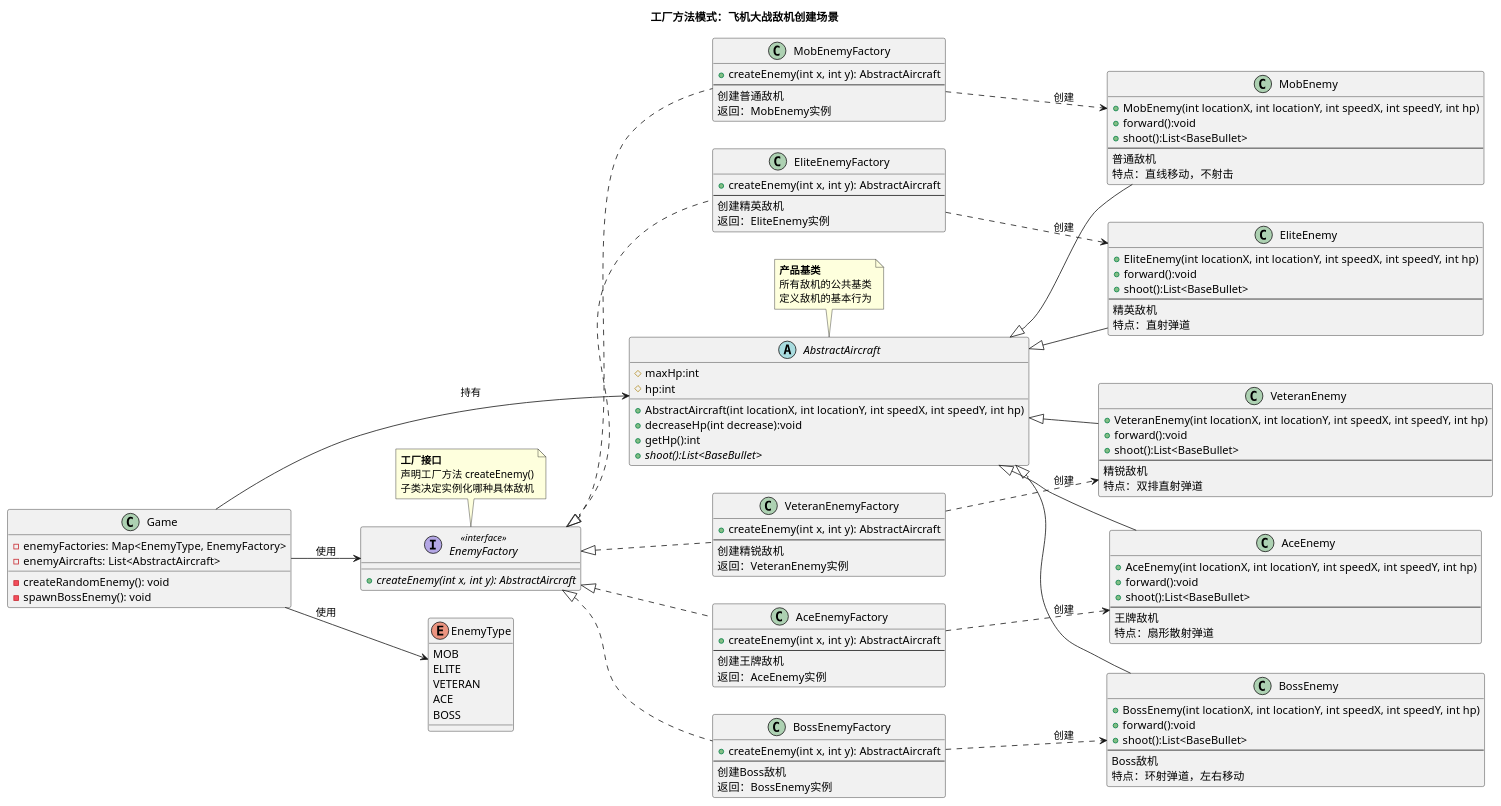
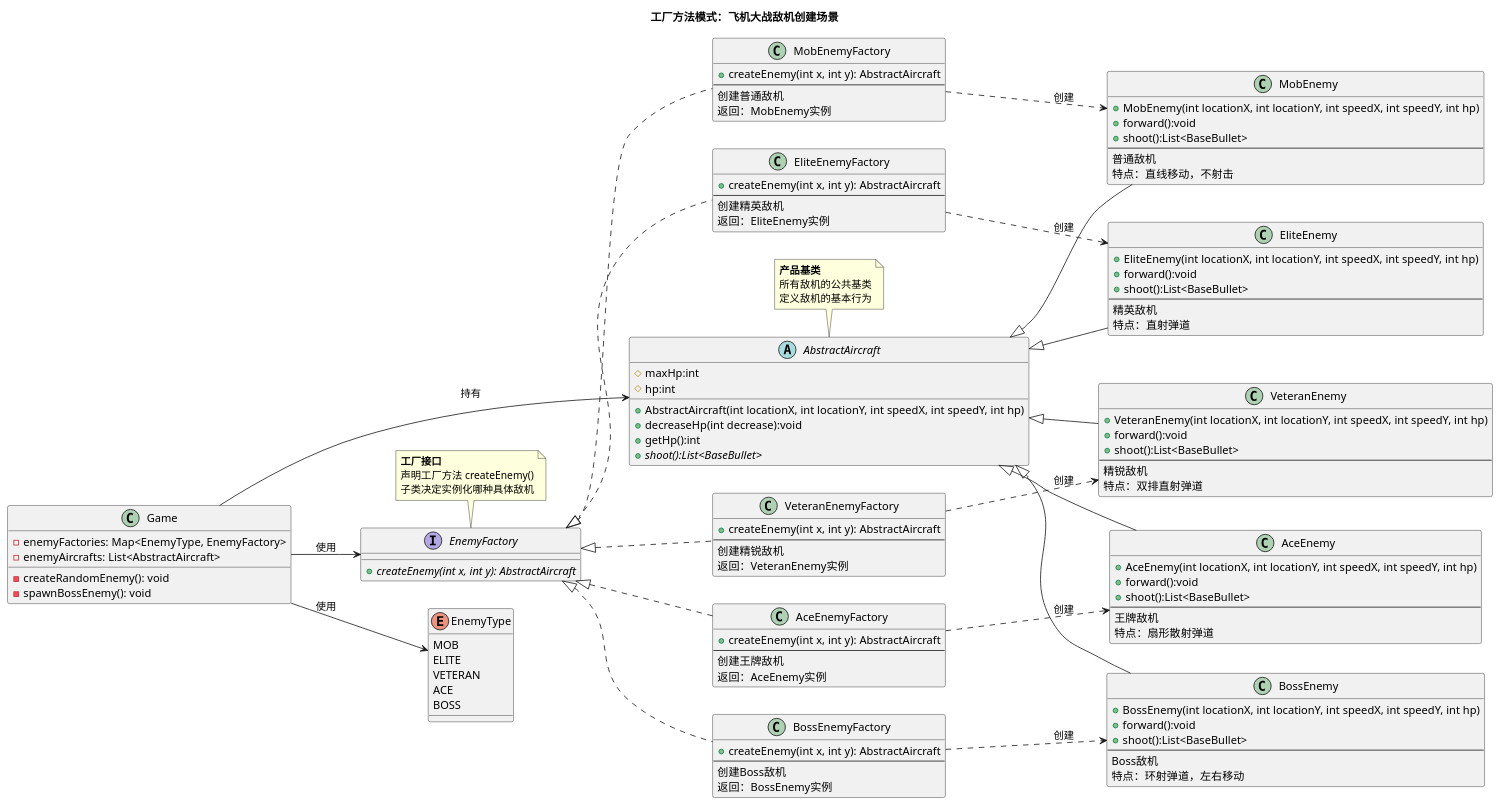
The diagram in uml/Factory.puml (go1112/AircraftWar), drawn with PlantUML before and after one commit. The commit also changed 4 other files, not shown here.

Commit message:
对uml类图做小修改

```diff
--- a/uml/Factory.puml
+++ b/uml/Factory.puml
@@ -1,157 +1,157 @@
-@startuml
+@startuml "工厂方法模式：飞机大战敌机创建场景"
 title 工厂方法模式：飞机大战敌机创建场景
 left to right direction
 
 ' 1. 抽象产品类
 abstract class AbstractAircraft{
   # maxHp:int
   # hp:int
   + AbstractAircraft(int locationX, int locationY, int speedX, int speedY, int hp)
   + decreaseHp(int decrease):void
   + getHp():int
   + {abstract} shoot():List<BaseBullet>
 }
 
 ' 2. 具体产品类
 class MobEnemy {
   + MobEnemy(int locationX, int locationY, int speedX, int speedY, int hp)
   + forward():void
   + shoot():List<BaseBullet>
   --
   普通敌机
   特点：直线移动，不射击
 }
 
 class EliteEnemy {
   + EliteEnemy(int locationX, int locationY, int speedX, int speedY, int hp)
   + forward():void
   + shoot():List<BaseBullet>
   --
   精英敌机
   特点：直射弹道
 }
 
 class VeteranEnemy {
   + VeteranEnemy(int locationX, int locationY, int speedX, int speedY, int hp)
   + forward():void
   + shoot():List<BaseBullet>
   --
   精锐敌机
   特点：双排直射弹道
 }
 
 class AceEnemy {
   + AceEnemy(int locationX, int locationY, int speedX, int speedY, int hp)
   + forward():void
   + shoot():List<BaseBullet>
   --
   王牌敌机
   特点：扇形散射弹道
 }
 
 class BossEnemy {
   + BossEnemy(int locationX, int locationY, int speedX, int speedY, int hp)
   + forward():void
   + shoot():List<BaseBullet>
   --
   Boss敌机
   特点：环射弹道，左右移动
 }
 
 ' 3. 抽象创建者接口
-interface EnemyFactory <<interface>> {
+interface EnemyFactory {
   +{abstract} createEnemy(int x, int y): AbstractAircraft
 }
 
 ' 4. 具体创建者类
 class MobEnemyFactory {
   +createEnemy(int x, int y): AbstractAircraft
   --
   创建普通敌机
   返回：MobEnemy实例
 }
 
 class EliteEnemyFactory {
   +createEnemy(int x, int y): AbstractAircraft
   --
   创建精英敌机
   返回：EliteEnemy实例
 }
 
 class VeteranEnemyFactory {
   +createEnemy(int x, int y): AbstractAircraft
   --
   创建精锐敌机
   返回：VeteranEnemy实例
 }
 
 class AceEnemyFactory {
   +createEnemy(int x, int y): AbstractAircraft
   --
   创建王牌敌机
   返回：AceEnemy实例
 }
 
 class BossEnemyFactory {
   +createEnemy(int x, int y): AbstractAircraft
   --
   创建Boss敌机
   返回：BossEnemy实例
 }
 
 ' 继承/实现关系
 AbstractAircraft <|-- MobEnemy
 AbstractAircraft <|-- EliteEnemy
 AbstractAircraft <|-- VeteranEnemy
 AbstractAircraft <|-- AceEnemy
 AbstractAircraft <|-- BossEnemy
 
 EnemyFactory <|.. MobEnemyFactory
 EnemyFactory <|.. EliteEnemyFactory
 EnemyFactory <|.. VeteranEnemyFactory
 EnemyFactory <|.. AceEnemyFactory
 EnemyFactory <|.. BossEnemyFactory
 
 ' 创建关系
 MobEnemyFactory ..> MobEnemy : 创建
 EliteEnemyFactory ..> EliteEnemy : 创建
 VeteranEnemyFactory ..> VeteranEnemy : 创建
 AceEnemyFactory ..> AceEnemy : 创建
 BossEnemyFactory ..> BossEnemy : 创建
 
 
 ' 在游戏中的使用示例
 class Game {
   -enemyFactories: Map<EnemyType, EnemyFactory>
   -enemyAircrafts: List<AbstractAircraft>
   -createRandomEnemy(): void
   -spawnBossEnemy(): void
 }
 
 Game --> EnemyFactory : 使用
 Game --> AbstractAircraft : 持有
 
 ' 枚举类型
 enum EnemyType {
   MOB
   ELITE
   VETERAN
   ACE
   BOSS
 }
 
 Game --> EnemyType : 使用
 
 note top of AbstractAircraft
   <b>产品基类</b>
   所有敌机的公共基类
   定义敌机的基本行为
 end note
 
 note top of EnemyFactory
   <b>工厂接口</b>
   声明工厂方法 createEnemy()
   子类决定实例化哪种具体敌机
 end note
 
 @enduml
```
